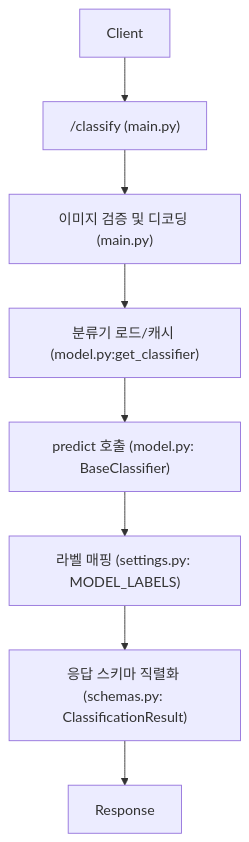
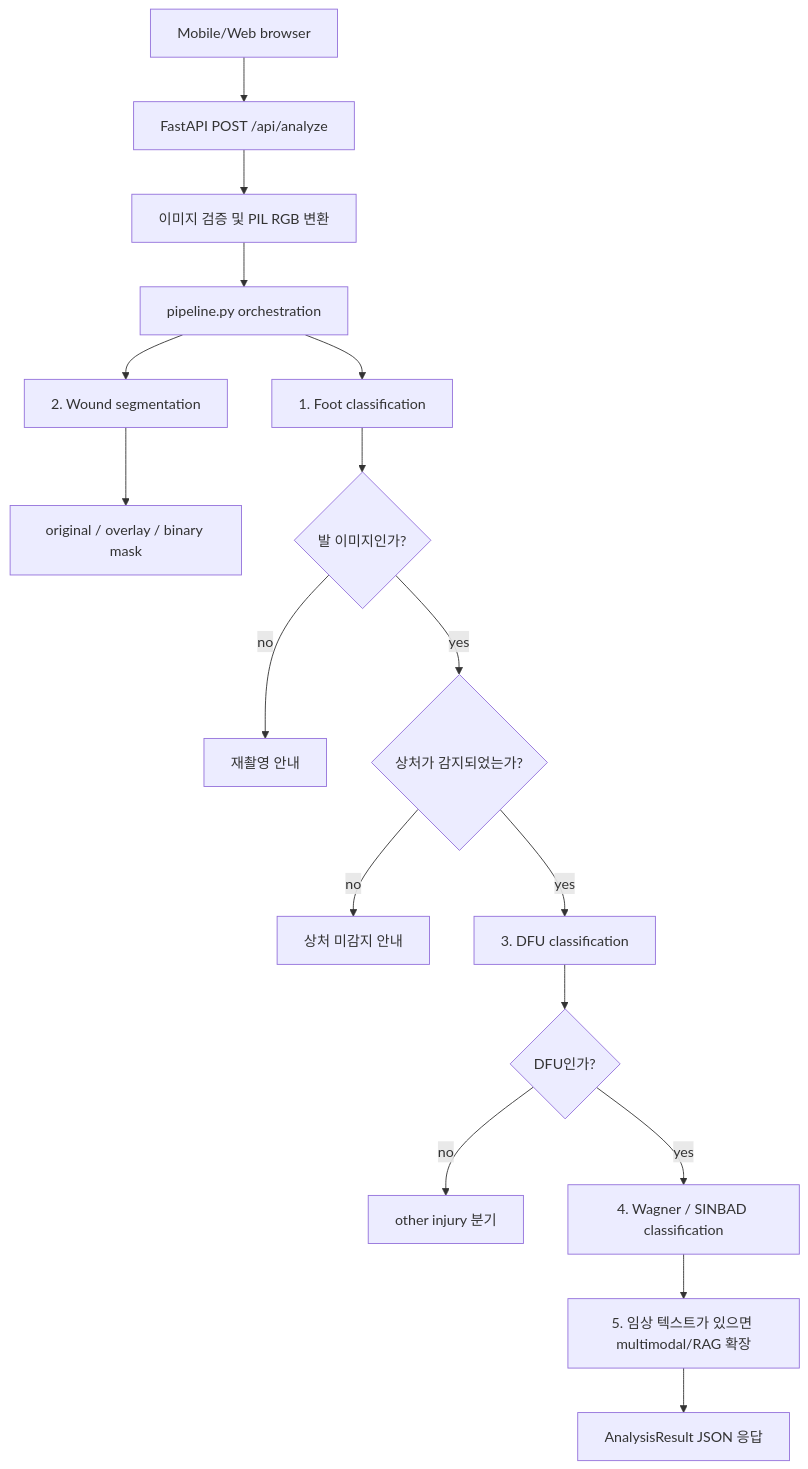
Before and after one commit to moses-song/dfu_model: the diagram in DFU_PROJECT.md, drawn with Mermaid. The commit also changed other lines of this file and 21 other files, not shown here.

````diff
--- a/DFU_PROJECT.md
+++ b/DFU_PROJECT.md
@@ -47,10 +16,19 @@
 ```mermaid
 flowchart TD
-  A[Client] --> B["/classify (main.py)"]
-  B --> C["이미지 검증 및 디코딩 (main.py)"]
-  C --> D["분류기 로드/캐시 (model.py:get_classifier)"]
-  D --> E["predict 호출 (model.py: BaseClassifier)"]
-  E --> F["라벨 매핑 (settings.py: MODEL_LABELS)"]
-  F --> G["응답 스키마 직렬화 (schemas.py: ClassificationResult)"]
-  G --> H[Response]
+  A["Mobile/Web browser"] --> B["FastAPI POST /api/analyze"]
+  B --> C["이미지 검증 및 PIL RGB 변환"]
+  C --> D["pipeline.py orchestration"]
+  D --> E["1. Foot classification"]
+  D --> F["2. Wound segmentation"]
+  F --> G["original / overlay / binary mask"]
+  E --> H{"발 이미지인가?"}
+  H -->|no| I["재촬영 안내"]
+  H -->|yes| J{"상처가 감지되었는가?"}
+  J -->|no| K["상처 미감지 안내"]
+  J -->|yes| L["3. DFU classification"]
+  L --> M{"DFU인가?"}
+  M -->|no| N["other injury 분기"]
+  M -->|yes| O["4. Wagner / SINBAD classification"]
+  O --> P["5. 임상 텍스트가 있으면 multimodal/RAG 확장"]
+  P --> Q["AnalysisResult JSON 응답"]
 ```
````
